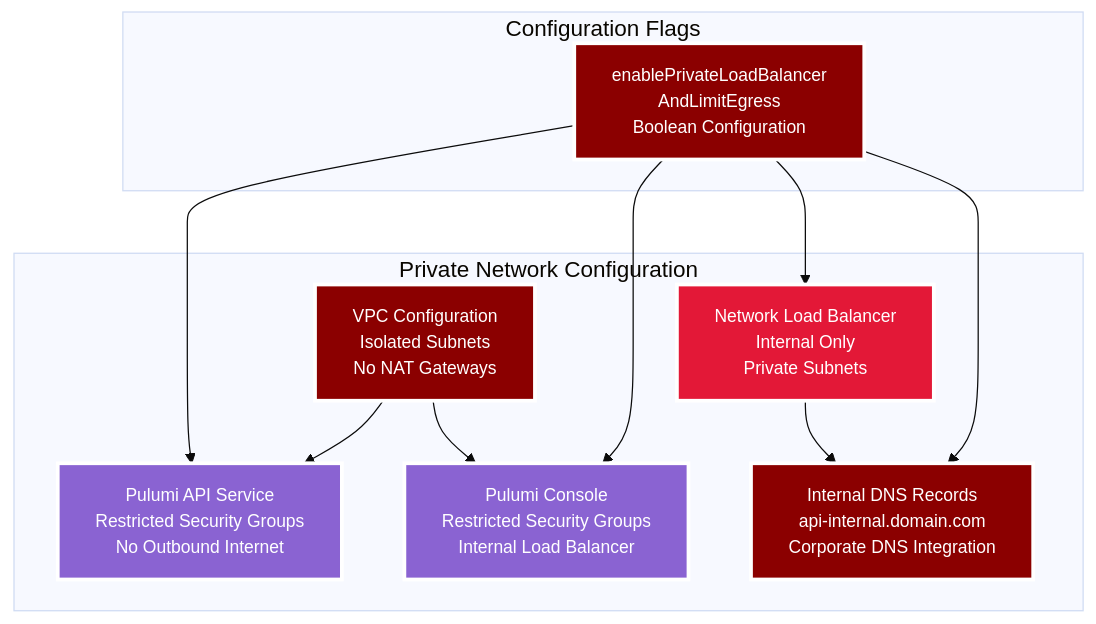
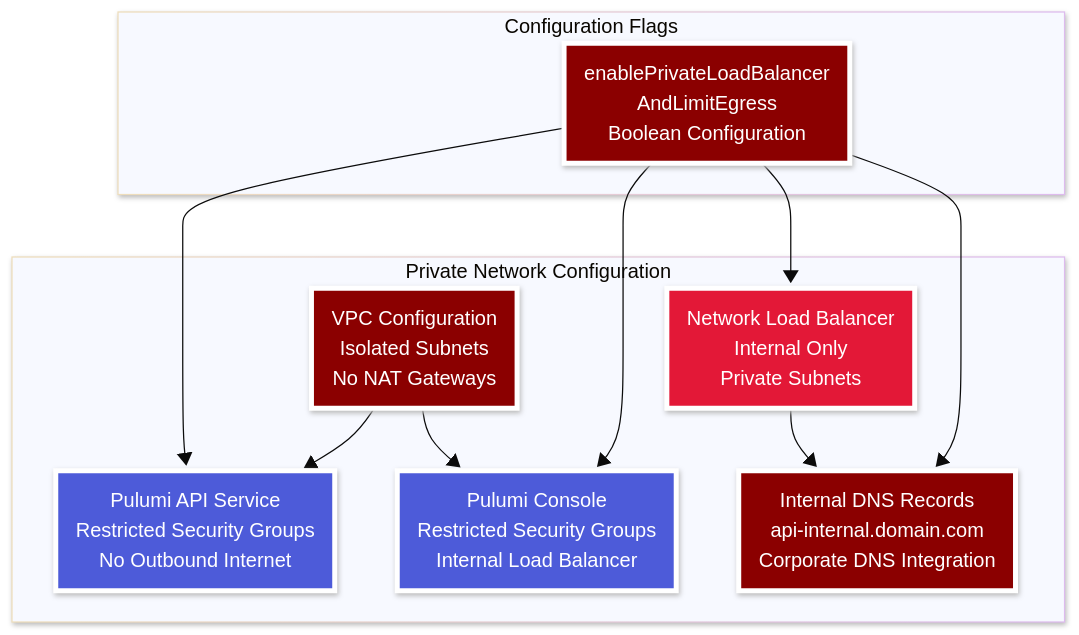
The diagram in ecs-hosted/go/diagrams/05-private-network.mmd (pulumi/pulumi-self-hosted-installers), drawn with Mermaid before and after one commit. The commit also changed 55 other files, not shown here.

```diff
--- a/ecs-hosted/go/diagrams/05-private-network.mmd
+++ b/ecs-hosted/go/diagrams/05-private-network.mmd
@@ -1,30 +1,34 @@
-%%{init: {'theme':'base', 'themeVariables': {'fontSize': '18px', 'fontFamily': 'Arial, sans-serif'}}}%%
+---
+config:
+  look: neo
+  theme: base
+---
 graph TD
-    classDef network fill:#E31837,stroke:#FFFFFF,stroke-width:3px,color:#FFFFFF,font-size:14px
-    classDef pulumi fill:#8A63D2,stroke:#FFFFFF,stroke-width:3px,color:#FFFFFF,font-size:14px
-    classDef secure fill:#8B0000,stroke:#FFFFFF,stroke-width:3px,color:#FFFFFF,font-size:14px
+    classDef network fill:#E31837,stroke:#FFFFFF,stroke-width:4px,color:#FFFFFF
+    classDef pulumi fill:#4d5bd9,stroke:#FFFFFF,stroke-width:4px,color:#FFFFFF
+    classDef secure fill:#8B0000,stroke:#FFFFFF,stroke-width:4px,color:#FFFFFF
     
     subgraph PRIVATE["Private Network Configuration"]
         PRIVATE_NLB[Network Load Balancer<br/>Internal Only<br/>Private Subnets]:::network
         
         API_PRIVATE[Pulumi API Service<br/>Restricted Security Groups<br/>No Outbound Internet]:::pulumi
         
         CONSOLE_PRIVATE[Pulumi Console<br/>Restricted Security Groups<br/>Internal Load Balancer]:::pulumi
         
         VPC_ISOLATED[VPC Configuration<br/>Isolated Subnets<br/>No NAT Gateways]:::secure
         
         INTERNAL_DNS[Internal DNS Records<br/>api-internal.domain.com<br/>Corporate DNS Integration]:::secure
     end
     
     subgraph CONFIG["Configuration Flags"]
         PRIVATE_FLAG[enablePrivateLoadBalancer<br/>AndLimitEgress<br/>Boolean Configuration]:::secure
     end
     
     PRIVATE_FLAG --> API_PRIVATE
     PRIVATE_FLAG --> CONSOLE_PRIVATE
     PRIVATE_FLAG --> PRIVATE_NLB
     PRIVATE_FLAG --> INTERNAL_DNS
     
     VPC_ISOLATED --> API_PRIVATE
     VPC_ISOLATED --> CONSOLE_PRIVATE
     PRIVATE_NLB --> INTERNAL_DNS
```
